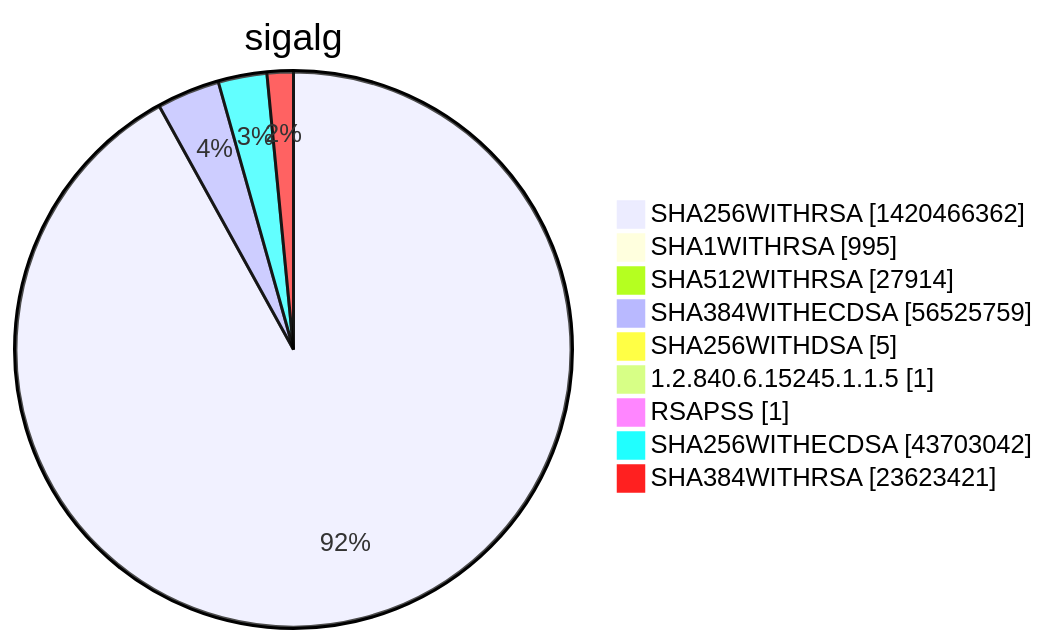
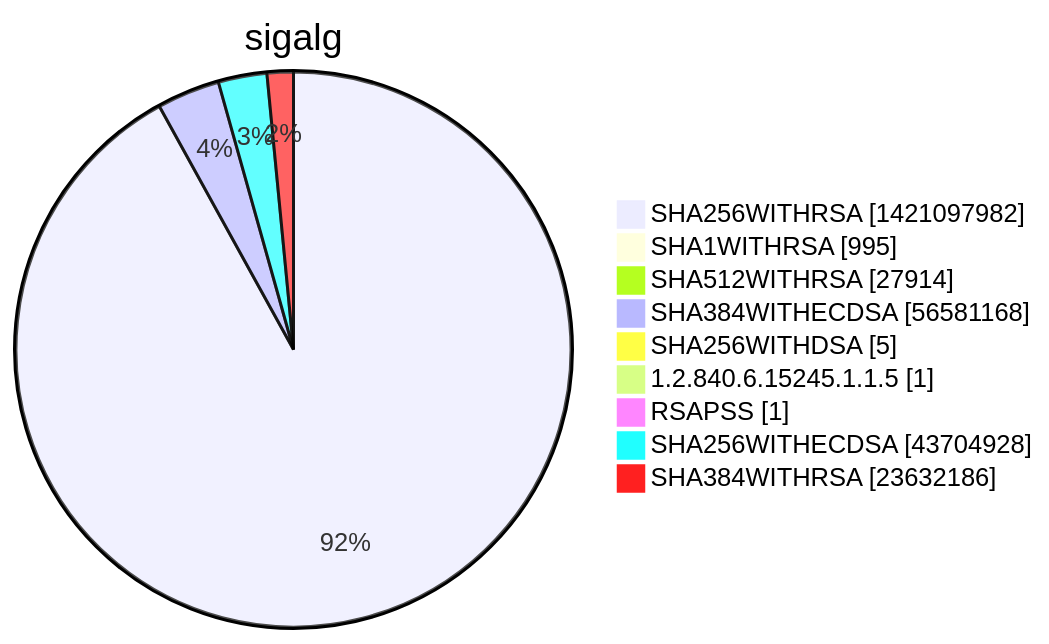
Before and after one commit to christiankrug/ctmonitor_visualization: diagram 15 of 15 in xenon2022/README.md, drawn with Mermaid. The commit also changed other lines of this file, not shown here.

````diff
--- a/xenon2022/README.md
+++ b/xenon2022/README.md
@@ -5858,13 +5858,13 @@
 ```mermaid
 pie showData
 title sigalg
-"SHA256WITHRSA" :1420466362
+"SHA256WITHRSA" :1421097982
 "SHA1WITHRSA" :995
 "SHA512WITHRSA" :27914
-"SHA384WITHECDSA" :56525759
+"SHA384WITHECDSA" :56581168
 "SHA256WITHDSA" :5
 "1.2.840.6.15245.1.1.5" :1
 "RSAPSS" :1
-"SHA256WITHECDSA" :43703042
-"SHA384WITHRSA" :23623421
+"SHA256WITHECDSA" :43704928
+"SHA384WITHRSA" :23632186
 ```
````
